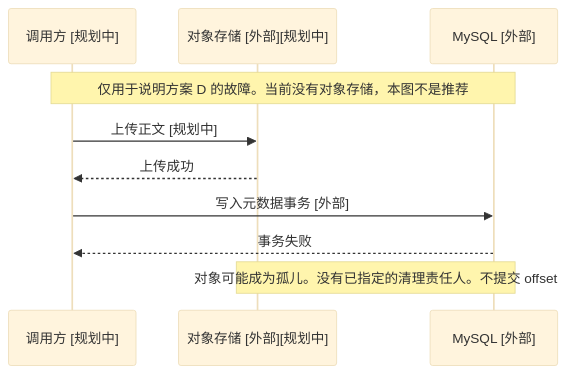
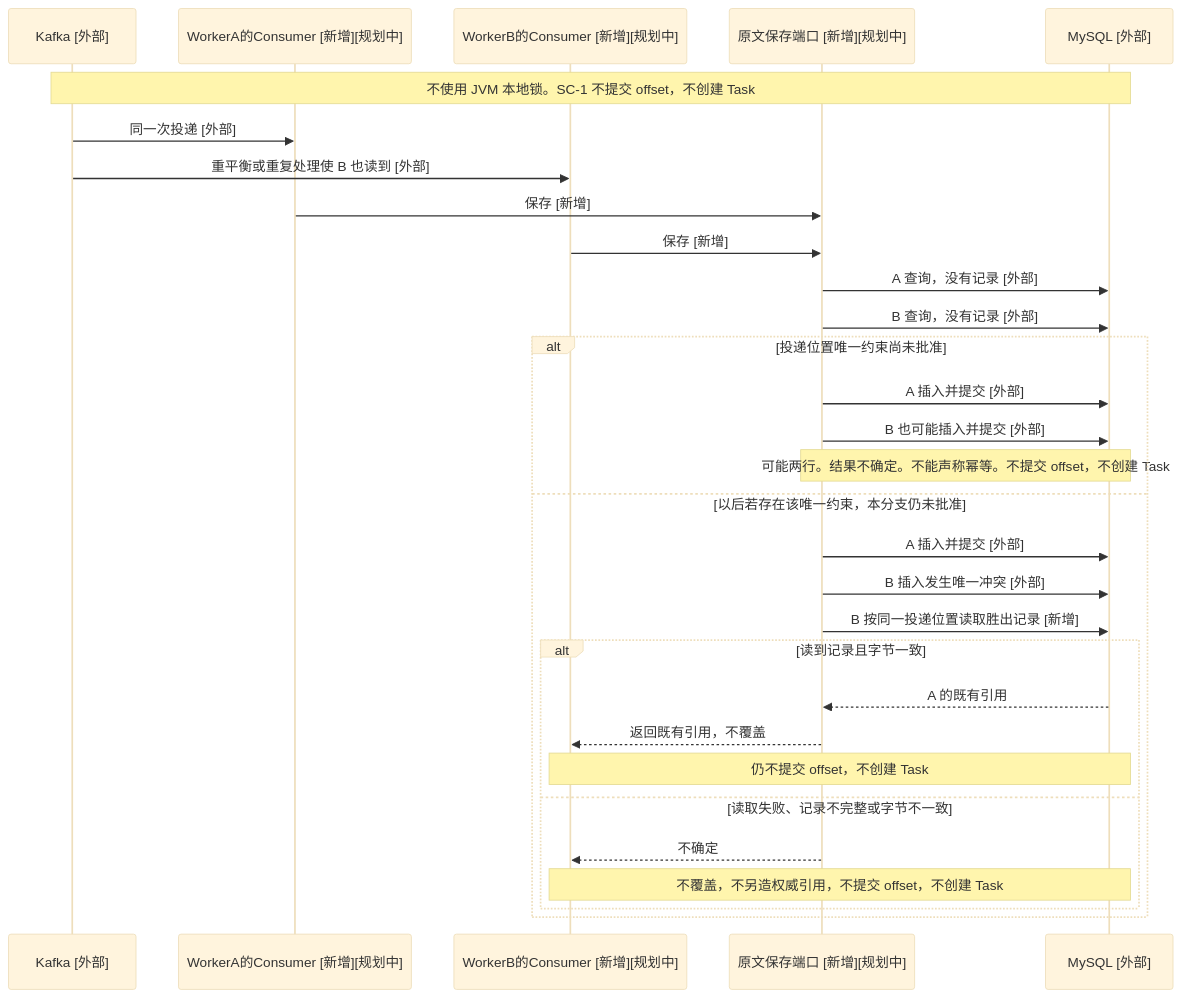
The fifth of 7 diagrams in docs/development/IR-15-正式原文保存介质与保留策略专项决策准备.md (david606/mtx-data-platform), drawn with Mermaid (base theme) before and after one commit. The commit also changed other lines of this file, not shown here.

````diff
--- a/docs/development/IR-15-正式原文保存介质与保留策略专项决策准备.md
+++ b/docs/development/IR-15-正式原文保存介质与保留策略专项决策准备.md
@@ -449,13 +532,34 @@
 ```mermaid
 sequenceDiagram
-    participant Caller as 调用方 [规划中]
-    participant Obj as 对象存储 [外部][规划中]
+    participant Kafka as Kafka [外部]
+    participant A as WorkerA的Consumer [新增][规划中]
+    participant B as WorkerB的Consumer [新增][规划中]
+    participant Port as 原文保存端口 [新增][规划中]
     participant DB as MySQL [外部]
 
-    Note over Caller,DB: 仅用于说明方案 D 的故障。当前没有对象存储，本图不是推荐
-    Caller->>Obj: 上传正文 [规划中]
-    Obj-->>Caller: 上传成功
-    Caller->>DB: 写入元数据事务 [外部]
-    DB-->>Caller: 事务失败
-    Note over Obj,DB: 对象可能成为孤儿。没有已指定的清理责任人。不提交 offset
+    Note over Kafka,DB: 不使用 JVM 本地锁。SC-1 不提交 offset，不创建 Task
+
+    Kafka->>A: 同一次投递 [外部]
+    Kafka->>B: 重平衡或重复处理使 B 也读到 [外部]
+    A->>Port: 保存 [新增]
+    B->>Port: 保存 [新增]
+    Port->>DB: A 查询，没有记录 [外部]
+    Port->>DB: B 查询，没有记录 [外部]
+    alt 投递位置唯一约束尚未批准
+        Port->>DB: A 插入并提交 [外部]
+        Port->>DB: B 也可能插入并提交 [外部]
+        Note over Port,DB: 可能两行。结果不确定。不能声称幂等。不提交 offset，不创建 Task
+    else 以后若存在该唯一约束，本分支仍未批准
+        Port->>DB: A 插入并提交 [外部]
+        Port->>DB: B 插入发生唯一冲突 [外部]
+        Port->>DB: B 按同一投递位置读取胜出记录 [新增]
+        alt 读到记录且字节一致
+            DB-->>Port: A 的既有引用
+            Port-->>B: 返回既有引用，不覆盖
+            Note over B,DB: 仍不提交 offset，不创建 Task
+        else 读取失败、记录不完整或字节不一致
+            Port-->>B: 不确定
+            Note over B,DB: 不覆盖，不另造权威引用，不提交 offset，不创建 Task
+        end
+    end
 ```
````
